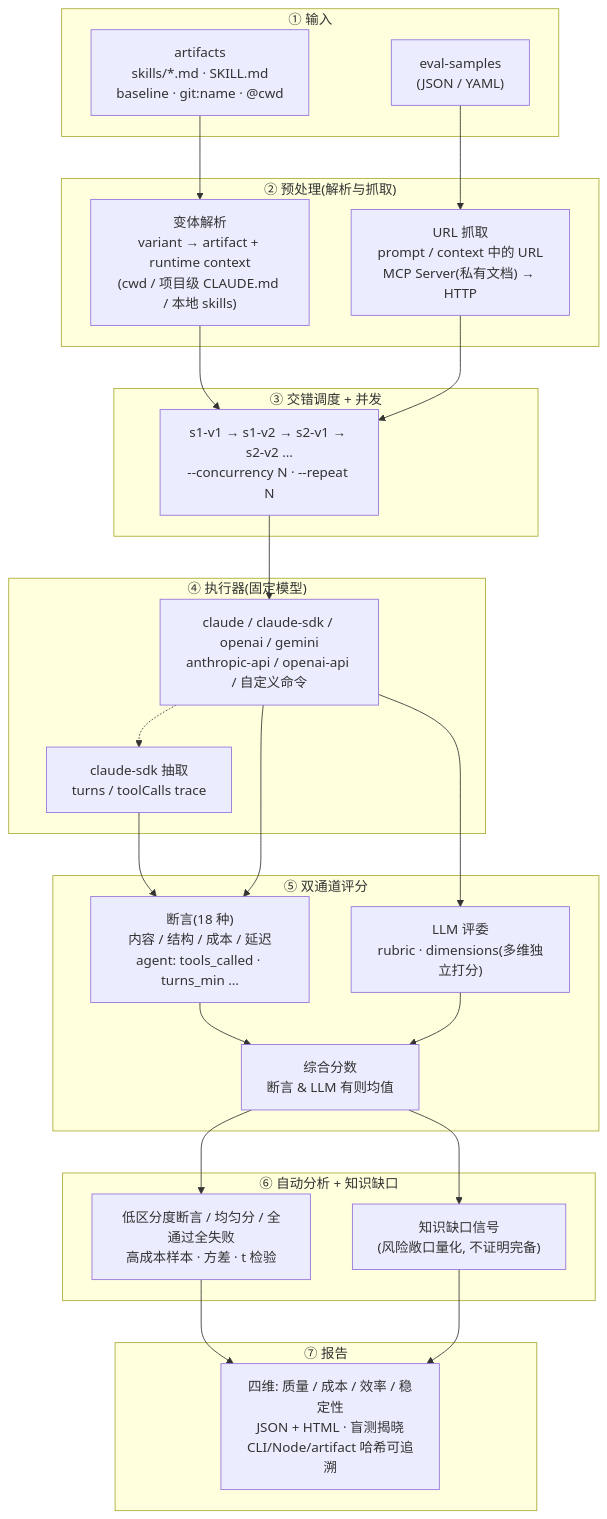
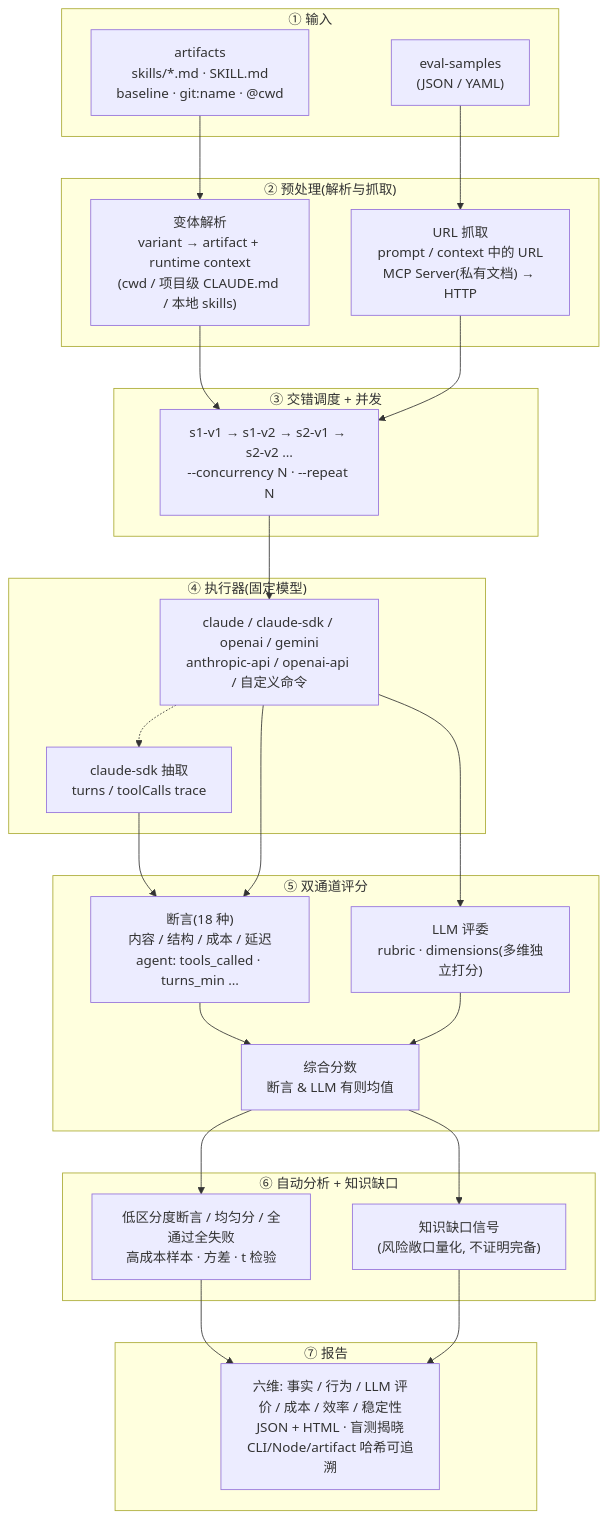
The diagram in README.md (lizhiyao/oh-my-knowledge), drawn with Mermaid before and after one commit. The commit also changed other lines of this file and 3 other files, not shown here.

````diff
--- a/README.md
+++ b/README.md
@@ -69,52 +69,52 @@
 ```mermaid
 flowchart TD
     subgraph Input["① 输入"]
         S["eval-samples<br/>(JSON / YAML)"]
         A["artifacts<br/>skills/*.md · SKILL.md<br/>baseline · git:name · @cwd"]
     end
 
     subgraph Prep["② 预处理(解析与抓取)"]
         V["变体解析<br/>variant → artifact + runtime context<br/>(cwd / 项目级 CLAUDE.md / 本地 skills)"]
         U["URL 抓取<br/>prompt / context 中的 URL<br/>MCP Server(私有文档) → HTTP"]
     end
 
     subgraph Schedule["③ 交错调度 + 并发"]
         Q["s1-v1 → s1-v2 → s2-v1 → s2-v2 …<br/>--concurrency N · --repeat N"]
     end
 
     subgraph Exec["④ 执行器(固定模型)"]
         E["claude / claude-sdk / openai / gemini<br/>anthropic-api / openai-api / 自定义命令"]
         T["claude-sdk 抽取<br/>turns / toolCalls trace"]
         E -.-> T
     end
 
     subgraph Score["⑤ 双通道评分"]
         AS["断言(18 种)<br/>内容 / 结构 / 成本 / 延迟<br/>agent: tools_called · turns_min …"]
         LS["LLM 评委<br/>rubric · dimensions(多维独立打分)"]
         CS["综合分数<br/>断言 & LLM 有则均值"]
         AS --> CS
         LS --> CS
     end
 
     subgraph Analyze["⑥ 自动分析 + 知识缺口"]
         D["低区分度断言 / 均匀分 / 全通过全失败<br/>高成本样本 · 方差 · t 检验"]
         G["知识缺口信号<br/>(风险敞口量化, 不证明完备)"]
     end
 
     subgraph Report["⑦ 报告"]
-        R["四维: 质量 / 成本 / 效率 / 稳定性<br/>JSON + HTML · 盲测揭晓<br/>CLI/Node/artifact 哈希可追溯"]
+        R["六维: 事实 / 行为 / LLM 评价 / 成本 / 效率 / 稳定性<br/>JSON + HTML · 盲测揭晓<br/>CLI/Node/artifact 哈希可追溯"]
     end
 
     S --> U
     A --> V
     V --> Q
     U --> Q
     Q --> E
     T --> AS
     E --> AS
     E --> LS
     CS --> D
     CS --> G
     D --> R
     G --> R
 ```
````
